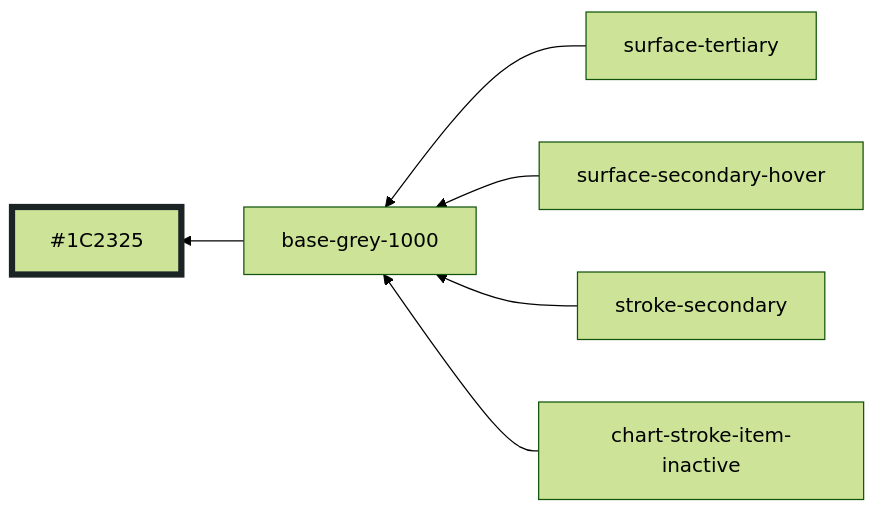
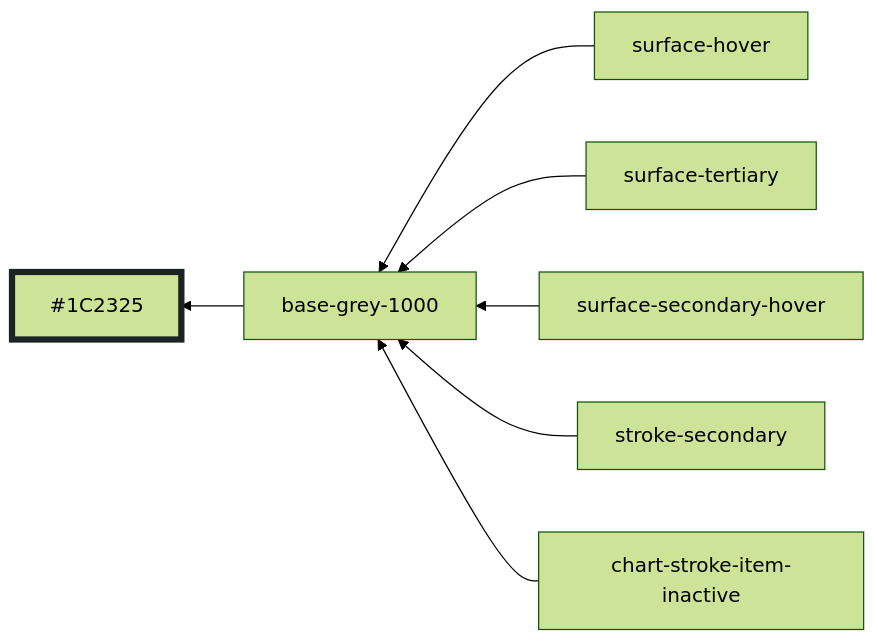
One commit to oxidecomputer/console changed diagram 26 of 30 in libs/ui/styles/themes/main.md. Above: the diagram before and after it, drawn with Mermaid (forest theme). The commit also changed other lines of this file and 3 other files, not shown here.

````diff
--- a/libs/ui/styles/themes/main.md
+++ b/libs/ui/styles/themes/main.md
@@ -328,10 +328,11 @@
 ```mermaid
 graph RL
   base-grey-1000 --> #1C2325:::base-grey-1000
+  surface-hover --> base-grey-1000
   surface-tertiary --> base-grey-1000
   surface-secondary-hover --> base-grey-1000
   stroke-secondary --> base-grey-1000
   chart-stroke-item-inactive --> base-grey-1000
 
   classDef base-grey-1000 stroke-width:5,stroke:#1C2325
 ```
````
